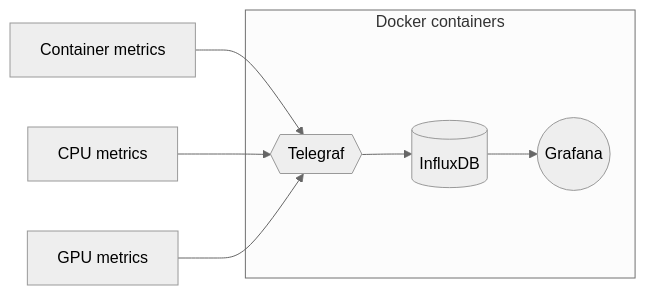
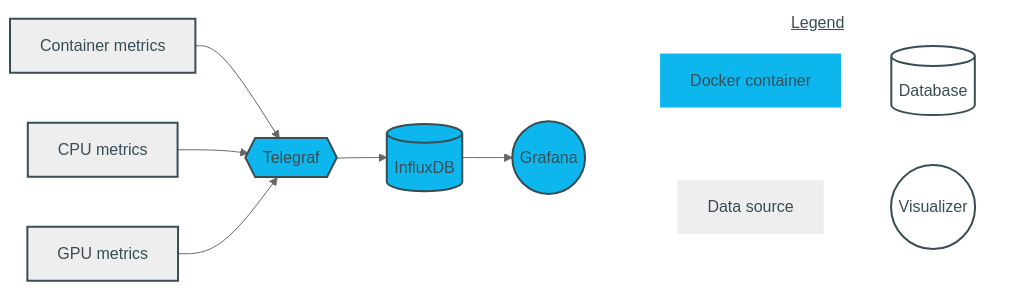
The first of 2 diagrams in content/suivi_performance.md (MattVerlynde/cahier-labo-stage), drawn with Mermaid (neutral theme) before and after one commit. The commit also changed other lines of this file and 2 other files, not shown here.

Commit message:
Finishing integrating smart plug data

```diff
--- a/content/suivi_performance.md
+++ b/content/suivi_performance.md
@@ -20,10 +20,32 @@
 {{<mermaid>}}
 flowchart LR
     a1[Container metrics] --> b{{Telegraf}}
     a2[CPU metrics] --> b{{Telegraf}}
     a3[GPU metrics] --> b{{Telegraf}}
-    subgraph A[Docker containers]
+    
     b{{Telegraf}} --> c[(InfluxDB)]
     c[(InfluxDB)] --> d((Grafana))
+
+    d ~~~ legend1[Docker container]
+    d ~~~ legend2[Data source]
+    subgraph Legend[<u>Legend</u>]
+    legend1 ~~~ legend3[(Database)]
+    legend2 ~~~ legend4((Visualizer))
     end
+
+    style b fill:#0db7ed,stroke:#384d54,stroke-width:2px,color:#384d54
+    style c fill:#0db7ed,stroke:#384d54,stroke-width:2px,color:#384d54
+    style d fill:#0db7ed,stroke:#384d54,stroke-width:2px,color:#384d54
+    
+    style a1 stroke:#384d54,stroke-width:2px,color:#384d54
+    style a2 stroke:#384d54,stroke-width:2px,color:#384d54
+    style a3 stroke:#384d54,stroke-width:2px,color:#384d54
+
+    style Legend fill:#fff,stroke-width:0px,color:#384d54
+    style legend1 fill:#0db7ed,stroke-width:0px,color:#384d54
+    style legend2 stroke-width:0px,color:#384d54
+    style legend3 fill:#fff,stroke:#384d54,stroke-width:2px,color:#384d54
+    style legend4 fill:#fff,stroke:#384d54,stroke-width:2px,color:#384d54
+
+    
 {{</mermaid>}}
```
